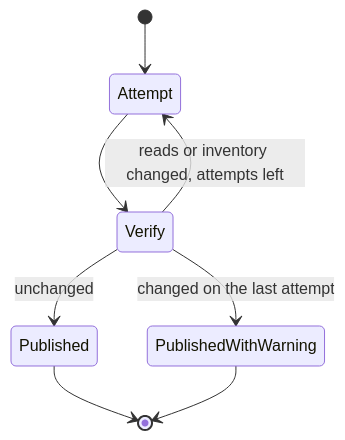
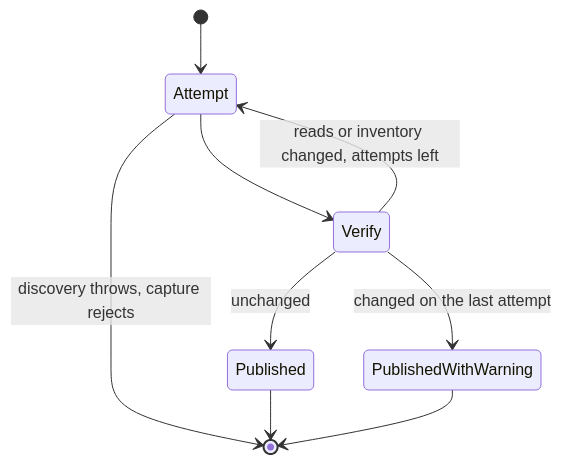
The second of 5 diagrams in docs/state-machines.md (lunchbox-labs/opencode-prompt-composer), drawn with Mermaid before and after one commit. The commit also changed other lines of this file and 1 other file, not shown here.

````diff
--- a/docs/state-machines.md
+++ b/docs/state-machines.md
@@ -30,10 +30,11 @@
 ```mermaid
 stateDiagram-v2
     [*] --> Attempt
+    Attempt --> [*]: discovery throws, capture rejects
     Attempt --> Verify
     Verify --> Attempt: reads or inventory changed, attempts left
     Verify --> Published: unchanged
     Verify --> PublishedWithWarning: changed on the last attempt
     Published --> [*]
     PublishedWithWarning --> [*]
 ```
````
